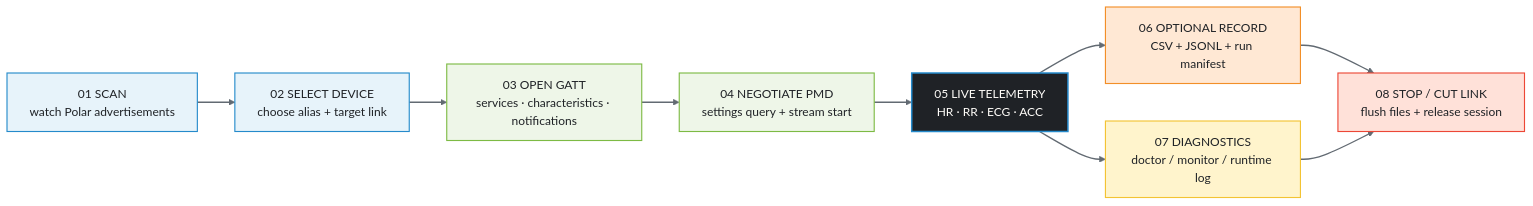
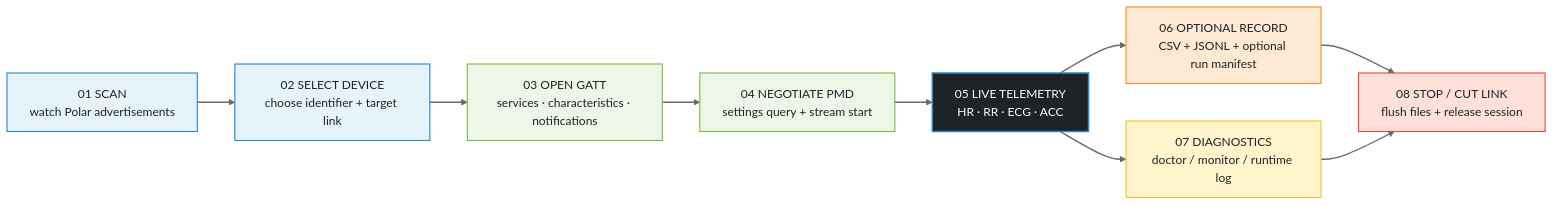
One commit to MesmerPrism/PolarH10 changed the diagram in docs/diagrams/session-lifecycle.mmd. Above: the diagram before and after it, drawn with Mermaid. The commit also changed 38 other files, not shown here.

```diff
--- a/docs/diagrams/session-lifecycle.mmd
+++ b/docs/diagrams/session-lifecycle.mmd
@@ -1,25 +1,25 @@
 %% Runtime lifecycle from discovery through streaming and capture.
 
 flowchart LR
-    S1["01 SCAN<br/>watch Polar advertisements"] --> S2["02 SELECT DEVICE<br/>choose alias + target link"]
+    S1["01 SCAN<br/>watch Polar advertisements"] --> S2["02 SELECT DEVICE<br/>choose identifier + target link"]
     S2 --> S3["03 OPEN GATT<br/>services · characteristics · notifications"]
     S3 --> S4["04 NEGOTIATE PMD<br/>settings query + stream start"]
     S4 --> S5["05 LIVE TELEMETRY<br/>HR · RR · ECG · ACC"]
-    S5 --> S6["06 OPTIONAL RECORD<br/>CSV + JSONL + run manifest"]
+    S5 --> S6["06 OPTIONAL RECORD<br/>CSV + JSONL + optional run manifest"]
     S5 --> S7["07 DIAGNOSTICS<br/>doctor / monitor / runtime log"]
     S6 --> S8["08 STOP / CUT LINK<br/>flush files + release session"]
     S7 --> S8
 
     classDef acquire fill:#E7F3FA,stroke:#258ACB,color:#1F2226,stroke-width:1.5px;
     classDef link fill:#EEF6E8,stroke:#7DBA44,color:#1F2226,stroke-width:1.5px;
     classDef active fill:#1F2226,stroke:#258ACB,color:#FFFDF9,stroke-width:2px;
     classDef record fill:#FFE8D4,stroke:#F28F28,color:#1F2226,stroke-width:1.5px;
     classDef diagnostics fill:#FFF4CC,stroke:#F3C333,color:#1F2226,stroke-width:1.5px;
     classDef stop fill:#FFE1D9,stroke:#EC4736,color:#1F2226,stroke-width:1.5px;
     class S1,S2 acquire;
     class S3,S4 link;
     class S5 active;
     class S6 record;
     class S7 diagnostics;
     class S8 stop;
     linkStyle default stroke:#626A72,stroke-width:1.8px;
```
